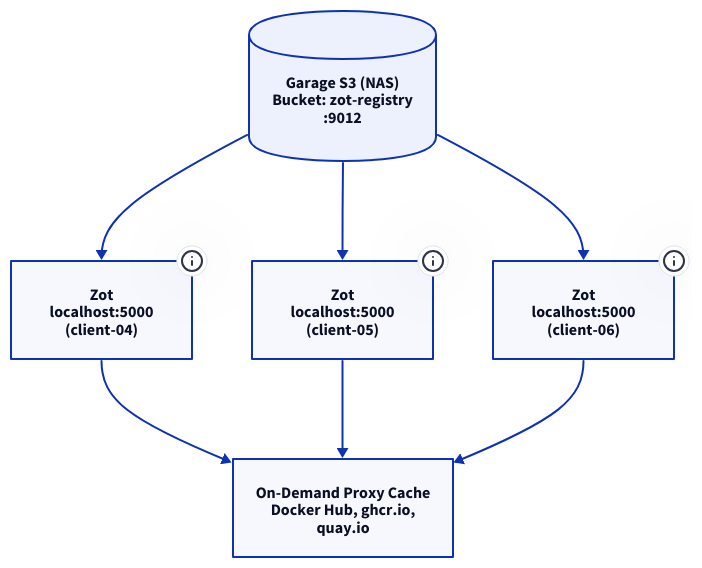
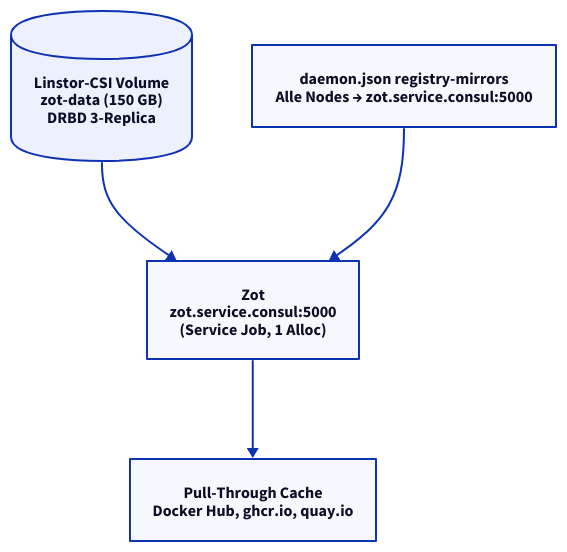
One commit to derever-labs/homelab-wiki changed the diagram in docs/docker-registry/index.md. Above: the diagram before and after it, drawn with D2. The commit also changed other lines of this file, not shown here.

First line of the commit message:
docs(zot): Linstor-CSI + BoltDB + Pull-Through-Architektur

````diff
--- a/docs/docker-registry/index.md
+++ b/docs/docker-registry/index.md
@@ -38,16 +38,12 @@
 ```d2
 direction: down
 
-S3: "Garage S3 (NAS)\nBucket: zot-registry\n:9012" { shape: cylinder }
-Zot1: "Zot\nlocalhost:5000\n(client-04)" { tooltip: 10.0.2.124 }
-Zot2: "Zot\nlocalhost:5000\n(client-05)" { tooltip: 10.0.2.125 }
-Zot3: "Zot\nlocalhost:5000\n(client-06)" { tooltip: 10.0.2.126 }
-Cache: "On-Demand Proxy Cache\nDocker Hub, ghcr.io,\nquay.io"
+Volume: "Linstor-CSI Volume\nzot-data (150 GB)\nDRBD 3-Replica" { shape: cylinder }
+Zot: "Zot\nzot.service.consul:5000\n(Service Job, 1 Alloc)"
+Cache: "Pull-Through Cache\nDocker Hub, ghcr.io, quay.io"
+Mirror: "daemon.json registry-mirrors\nAlle Nodes → zot.service.consul:5000"
 
-S3 -> Zot1
-S3 -> Zot2
-S3 -> Zot3
-Zot1 -> Cache
-Zot2 -> Cache
-Zot3 -> Cache
+Volume -> Zot
+Zot -> Cache
+Mirror -> Zot
 ```
````
